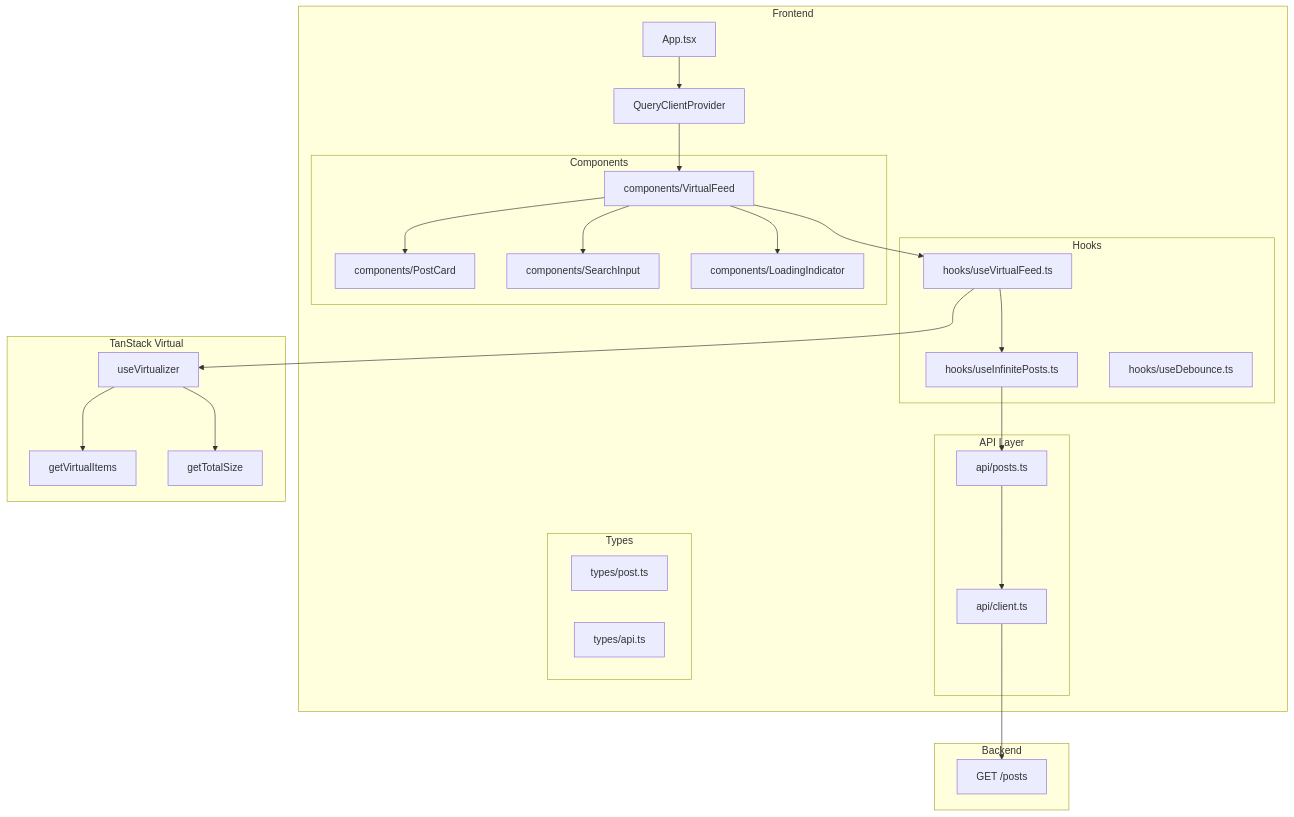
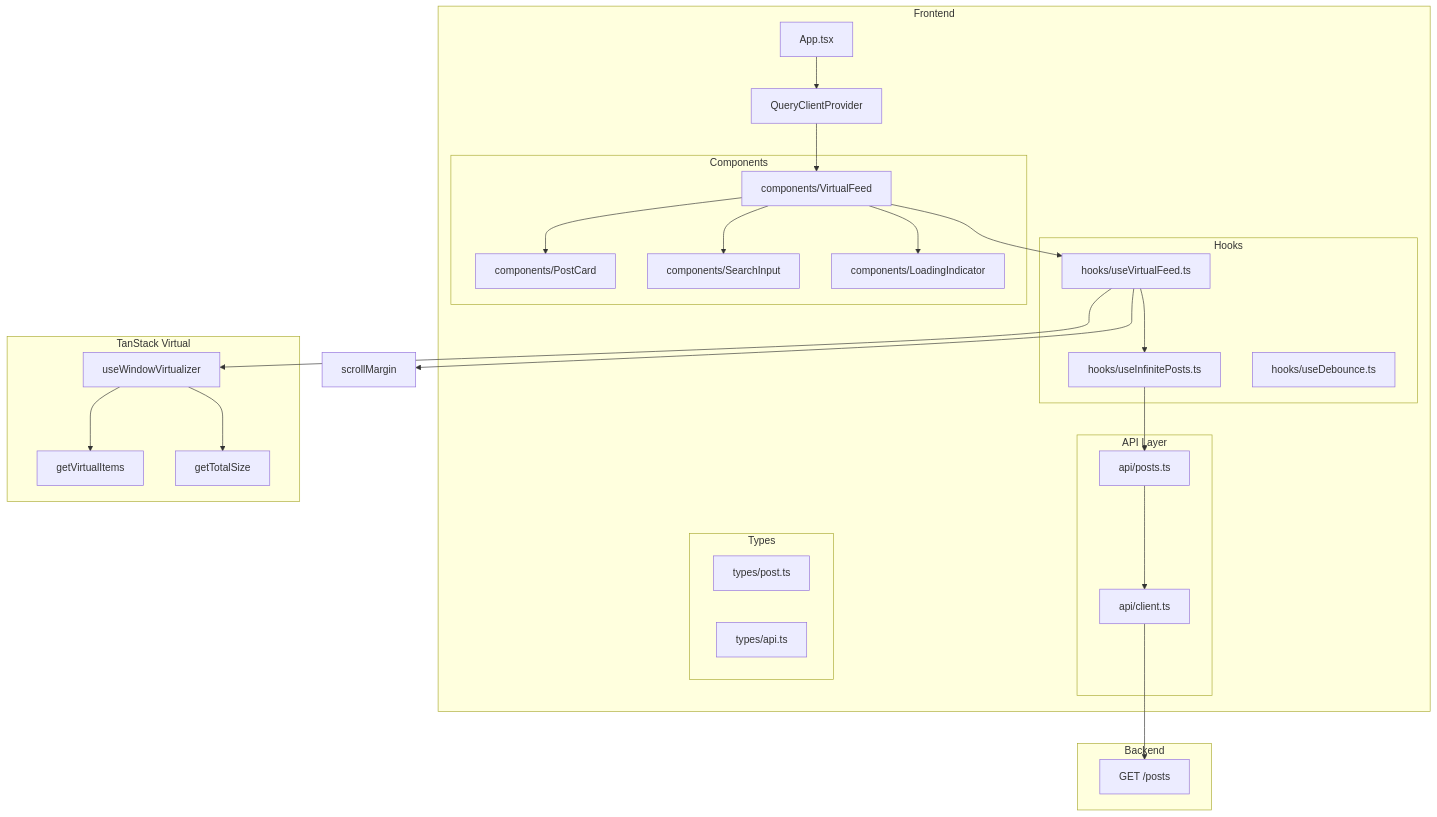
One commit to azakharo/news-feed changed the first of 2 diagrams in doc/plans/phase3-detailed-plan.md. Above: the diagram before and after it, drawn with Mermaid. The commit also changed other lines of this file, not shown here.

Commit message:
use useWindowVirtualizer

````diff
--- a/doc/plans/phase3-detailed-plan.md
+++ b/doc/plans/phase3-detailed-plan.md
@@ -22,54 +22,55 @@
 ```mermaid
 graph TB
     subgraph Frontend
         App[App.tsx]
         QueryProvider[QueryClientProvider]
 
         subgraph API Layer
             Client[api/client.ts]
             PostsAPI[api/posts.ts]
         end
 
         subgraph Types
             Post[types/post.ts]
             API[types/api.ts]
         end
 
         subgraph Hooks
             UseInfinitePosts[hooks/useInfinitePosts.ts]
             UseDebounce[hooks/useDebounce.ts]
             UseVirtualFeed[hooks/useVirtualFeed.ts]
         end
 
         subgraph Components
             VirtualFeed[components/VirtualFeed]
             PostCard[components/PostCard]
             SearchInput[components/SearchInput]
             LoadingIndicator[components/LoadingIndicator]
         end
     end
 
     subgraph TanStack Virtual
-        Virtualizer[useVirtualizer]
+        Virtualizer[useWindowVirtualizer]
         VirtualItems[getVirtualItems]
         TotalSize[getTotalSize]
     end
 
     subgraph Backend
         APIEndpoint[GET /posts]
     end
 
     App --> QueryProvider
     QueryProvider --> VirtualFeed
     VirtualFeed --> UseVirtualFeed
     UseVirtualFeed --> Virtualizer
+    UseVirtualFeed --> ScrollMargin[scrollMargin]
     UseVirtualFeed --> UseInfinitePosts
     UseInfinitePosts --> PostsAPI
     PostsAPI --> Client
     Client --> APIEndpoint
     VirtualFeed --> PostCard
     VirtualFeed --> SearchInput
     VirtualFeed --> LoadingIndicator
     Virtualizer --> VirtualItems
     Virtualizer --> TotalSize
 ```
````
